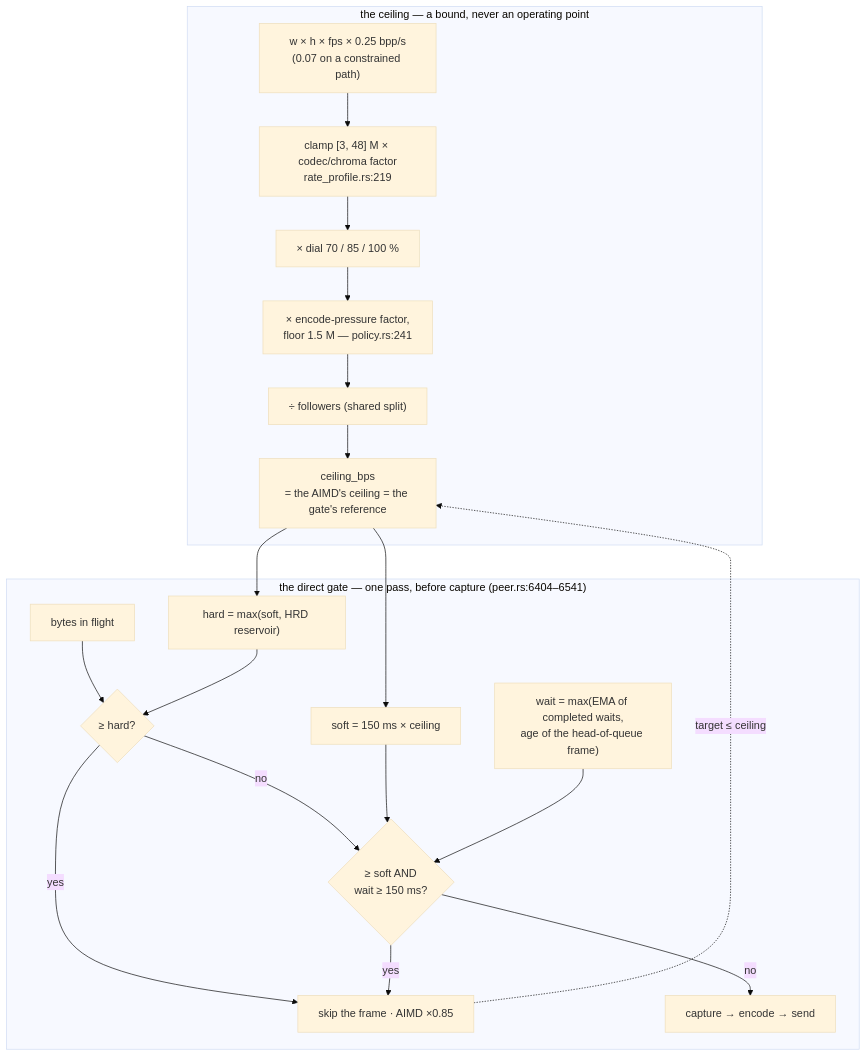
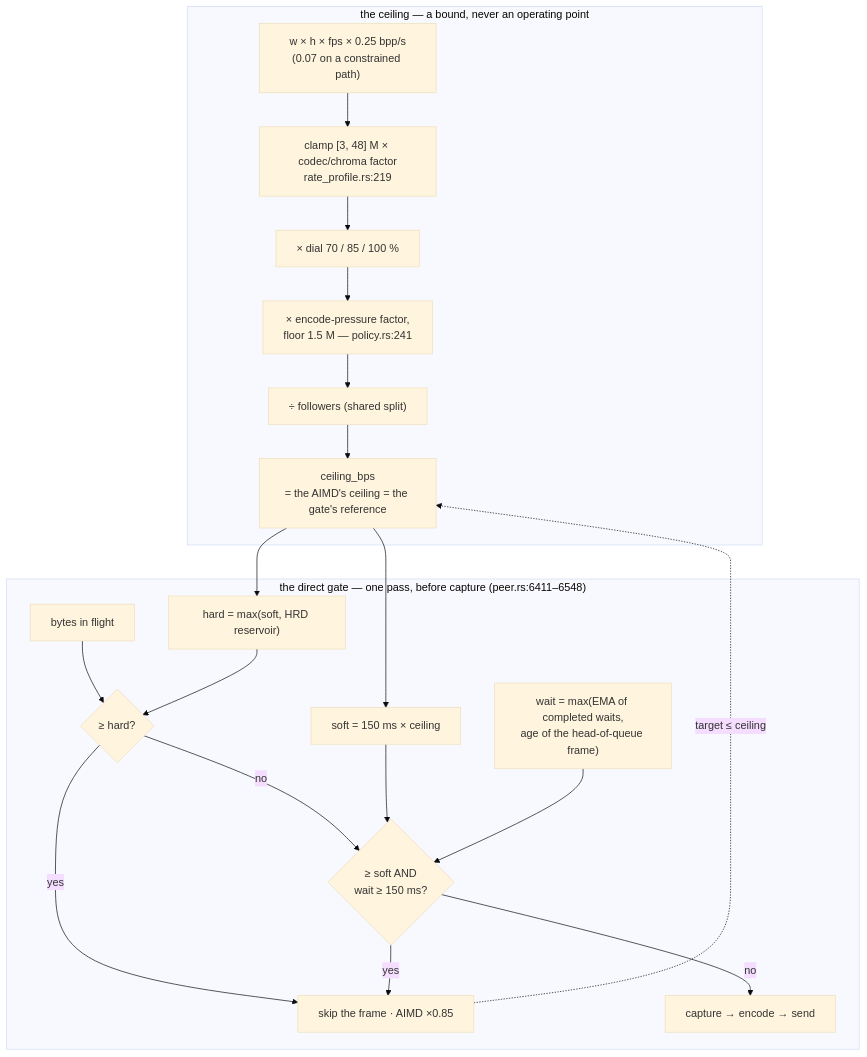
One commit to gjovanov/roomler-ai changed the fifth of 10 diagrams in docs/rate-control.md. Above: the diagram before and after it, drawn with Mermaid (base theme). The commit also changed other lines of this file and 69 other files, not shown here.

````diff
--- a/docs/rate-control.md
+++ b/docs/rate-control.md
@@ -755,24 +755,24 @@
 ```mermaid
 flowchart TB
     subgraph ceiling["the ceiling — a bound, never an operating point"]
         G["w × h × fps × 0.25 bpp/s<br/>(0.07 on a constrained path)"] --> C["clamp [3, 48] M × codec/chroma factor<br/>rate_profile.rs:219"]
         C --> D["× dial 70 / 85 / 100 %"]
         D --> E["× encode-pressure factor,<br/>floor 1.5 M — policy.rs:241"]
         E --> S["÷ followers (shared split)"]
         S --> CEIL["ceiling_bps<br/>= the AIMD's ceiling = the gate's reference"]
     end
-    subgraph gate["the direct gate — one pass, before capture (peer.rs:6404–6541)"]
+    subgraph gate["the direct gate — one pass, before capture (peer.rs:6411–6548)"]
         CEIL --> SOFT["soft = 150 ms × ceiling"]
         CEIL --> HARD["hard = max(soft, HRD reservoir)"]
         W["wait = max(EMA of completed waits,<br/>age of the head-of-queue frame)"]
         Q["bytes in flight"] --> H{"≥ hard?"}
         HARD --> H
         H -- yes --> TRIP["skip the frame · AIMD ×0.85"]
         H -- no --> SQ{"≥ soft AND<br/>wait ≥ 150 ms?"}
         SOFT --> SQ
         W --> SQ
         SQ -- yes --> TRIP
         SQ -- no --> PASS["capture → encode → send"]
     end
     TRIP -.->|"target ≤ ceiling"| CEIL
 ```
````
